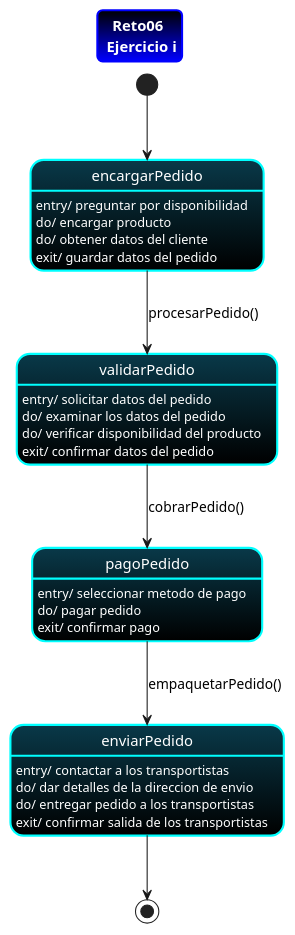
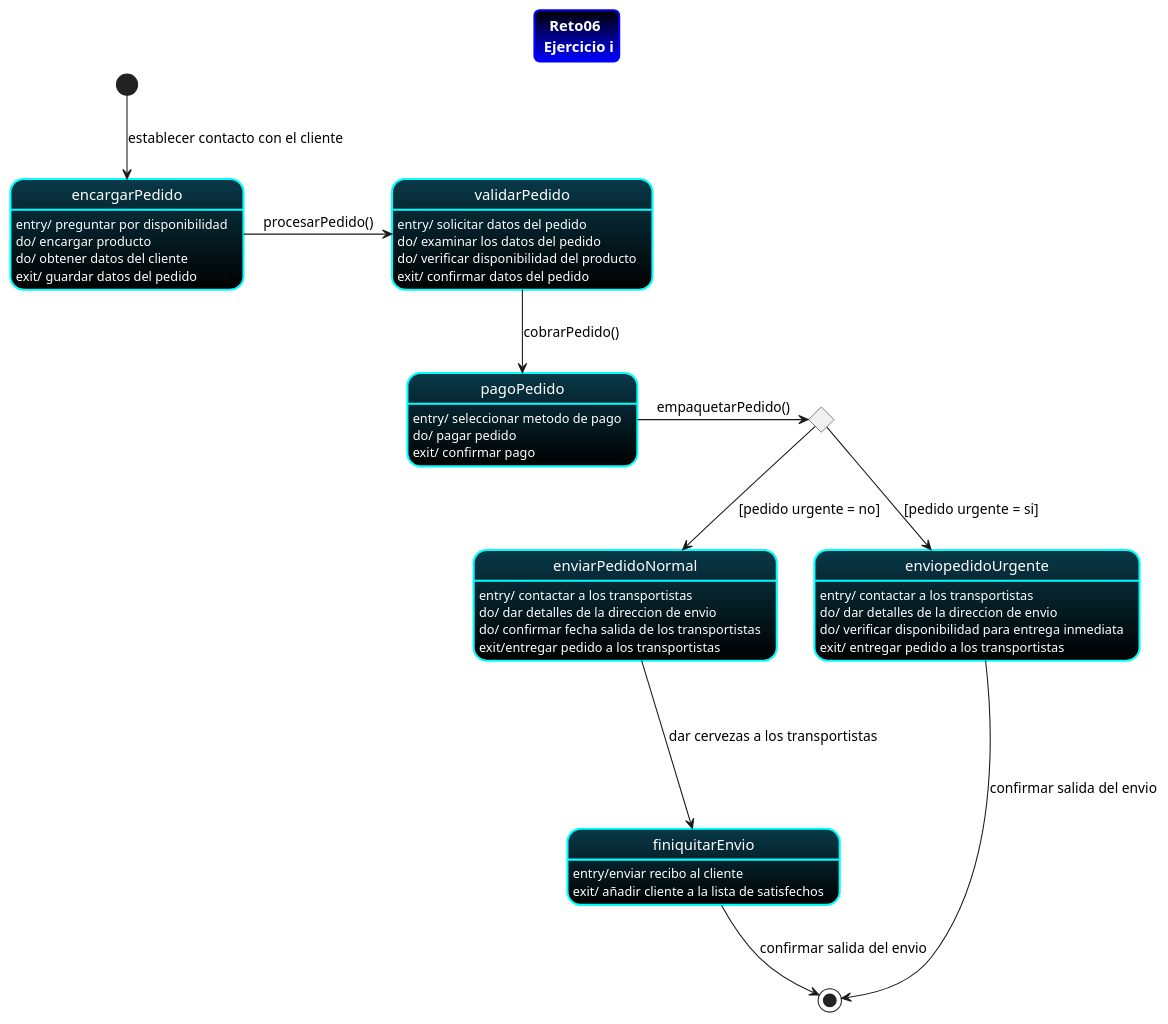
One commit to jhonnyzvla14/IS-022024 changed the diagram in docs/diagrams/Reto06-ejercicio-i.plantuml. Above: the diagram before and after it, drawn with PlantUML. The commit also changed 1 other file, not shown here.

Commit message:
Cambio Final diagrama de estado Reto06

```diff
--- a/docs/diagrams/Reto06-ejercicio-i.plantuml
+++ b/docs/diagrams/Reto06-ejercicio-i.plantuml
@@ -1,45 +1,59 @@
 @startuml "diagramaDeEstado"
 
 title "Reto06 \n Ejercicio i"
 
 skinparam title{
   BorderColor blue
   BorderThickness 2
   BorderRoundCorner 10
   BackgroundColor 000000-blue
   FontColor FFFFFF
 }
 
 skinparam State{
   BackgroundColor 093949-black
   FontColor FFFFFF
   BorderThickness 2
   BorderColor cyan
 }
   
-[*]-->encargarPedido
+[*]-->encargarPedido : establecer contacto con el cliente
 encargarPedido: entry/ preguntar por disponibilidad
 encargarPedido: do/ encargar producto
 encargarPedido: do/ obtener datos del cliente
 encargarPedido: exit/ guardar datos del pedido
 
-encargarPedido-->validarPedido: procesarPedido()
+encargarPedido->validarPedido: procesarPedido()
 validarPedido: entry/ solicitar datos del pedido
 validarPedido: do/ examinar los datos del pedido
 validarPedido: do/ verificar disponibilidad del producto
 validarPedido: exit/ confirmar datos del pedido
 
 validarPedido-->pagoPedido: cobrarPedido() 
 pagoPedido: entry/ seleccionar metodo de pago
 pagoPedido: do/ pagar pedido
 pagoPedido: exit/ confirmar pago
 
-pagoPedido-->enviarPedido: empaquetarPedido()
-enviarPedido: entry/ contactar a los transportistas
-enviarPedido: do/ dar detalles de la direccion de envio
-enviarPedido: do/ entregar pedido a los transportistas
-enviarPedido: exit/ confirmar salida de los transportistas
+state envio <<choice>>
+pagoPedido->envio: empaquetarPedido()
+envio --> enviarPedidoNormal : [pedido urgente = no]
+envio --> enviopedidoUrgente : [pedido urgente = si]
 
-enviarPedido-->[*]
+enviarPedidoNormal: entry/ contactar a los transportistas
+enviarPedidoNormal: do/ dar detalles de la direccion de envio
+enviarPedidoNormal: do/ confirmar fecha salida de los transportistas 
+enviarPedidoNormal: exit/entregar pedido a los transportistas 
+
+enviarPedidoNormal--->finiquitarEnvio: dar cervezas a los transportistas
+finiquitarEnvio: entry/enviar recibo al cliente
+finiquitarEnvio: exit/ añadir cliente a la lista de satisfechos
+
+enviopedidoUrgente: entry/ contactar a los transportistas
+enviopedidoUrgente: do/ dar detalles de la direccion de envio
+enviopedidoUrgente: do/ verificar disponibilidad para entrega inmediata
+enviopedidoUrgente: exit/ entregar pedido a los transportistas 
+
+finiquitarEnvio-->[*] : confirmar salida del envio  
+enviopedidoUrgente---->[*] : confirmar salida del envio
  
 @enduml
```
